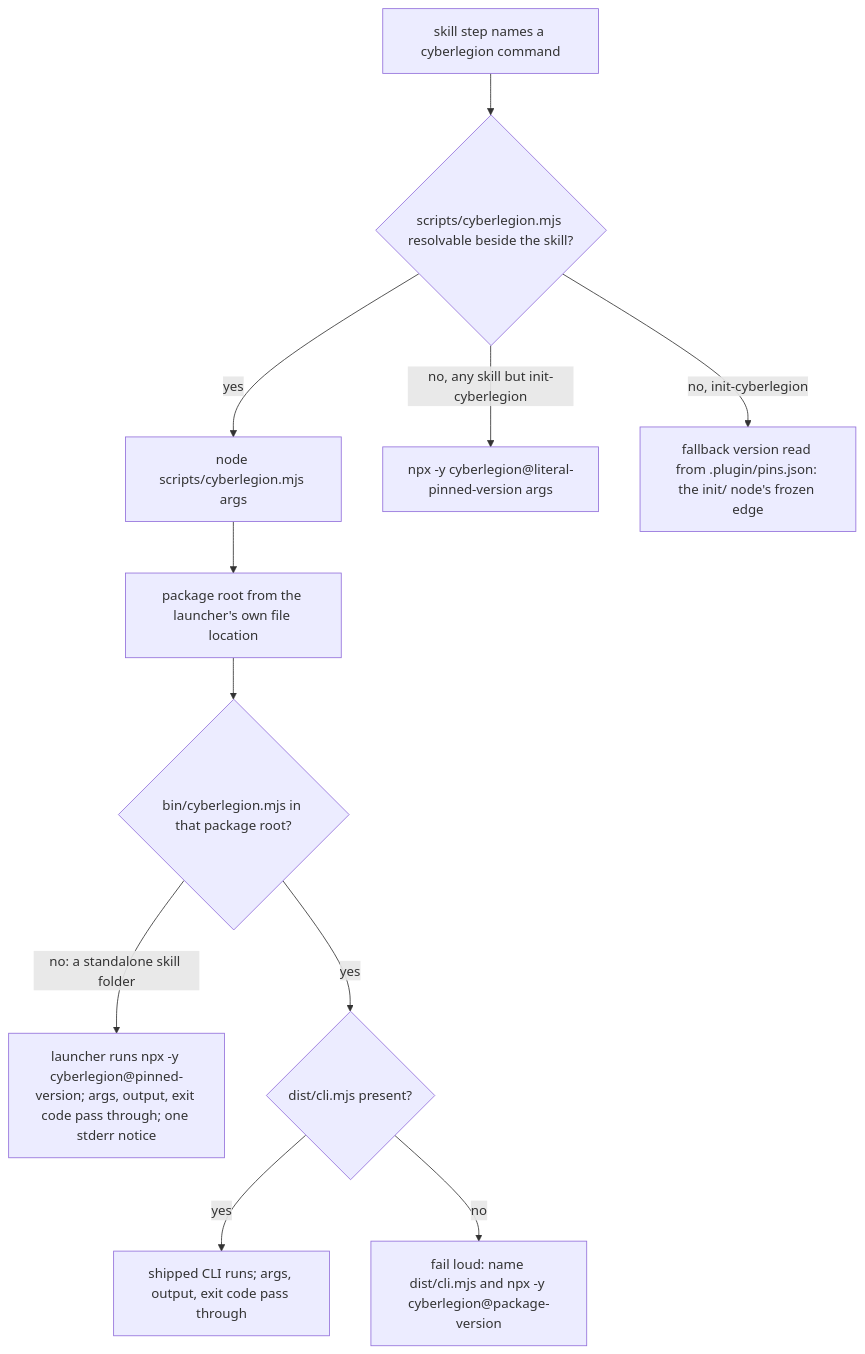
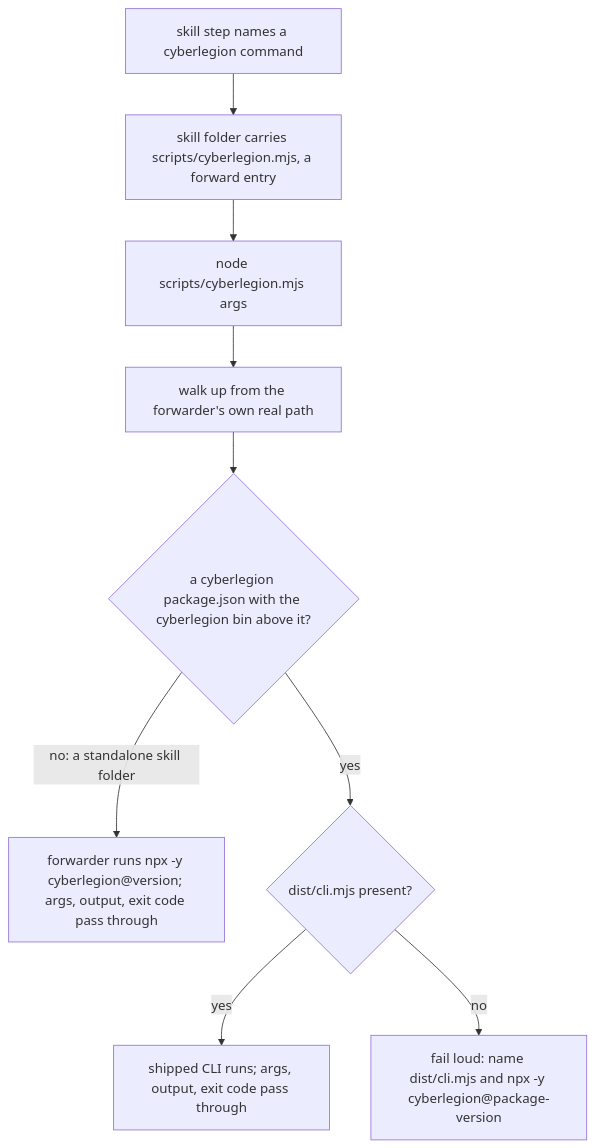
Before and after one commit to cyberuni/cyberlegion: the first of 3 diagrams in .agents/specs/cyberlegion-plugin/cli-launcher/README.md, drawn with Mermaid. The commit also changed other lines of this file and 3 other files, not shown here.

First line of the commit message:
docs(spec): revise cli-launcher to the forwarder model

````diff
--- a/.agents/specs/cyberlegion-plugin/cli-launcher/README.md
+++ b/.agents/specs/cyberlegion-plugin/cli-launcher/README.md
@@ -96,13 +99,11 @@
 ```mermaid
 graph TD
-  STEP[skill step names a cyberlegion command] --> FIND{scripts/cyberlegion.mjs resolvable beside the skill?}
-  FIND -->|yes| LAUNCH[node scripts/cyberlegion.mjs args]
-  FIND -->|no, any skill but init-cyberlegion| FALLBACK[npx -y cyberlegion@literal-pinned-version args]
-  FIND -->|no, init-cyberlegion| INITFB[fallback version read from .plugin/pins.json: the init/ node's frozen edge]
-  LAUNCH --> ROOT[package root from the launcher's own file location]
-  ROOT --> PKG{bin/cyberlegion.mjs in that package root?}
-  PKG -->|no: a standalone skill folder| SELFFB[launcher runs npx -y cyberlegion@pinned-version; args, output, exit code pass through; one stderr notice]
+  STEP[skill step names a cyberlegion command] --> FIND[skill folder carries scripts/cyberlegion.mjs, a forward entry]
+  FIND --> CALL[node scripts/cyberlegion.mjs args]
+  CALL --> ROOT[walk up from the forwarder's own real path]
+  ROOT --> PKG{a cyberlegion package.json with the cyberlegion bin above it?}
+  PKG -->|no: a standalone skill folder| SELFFB[forwarder runs npx -y cyberlegion@version; args, output, exit code pass through]
   PKG -->|yes| DIST{dist/cli.mjs present?}
   DIST -->|yes| RUN[shipped CLI runs; args, output, exit code pass through]
   DIST -->|no| MISSING[fail loud: name dist/cli.mjs and npx -y cyberlegion@package-version]
 ```
````
